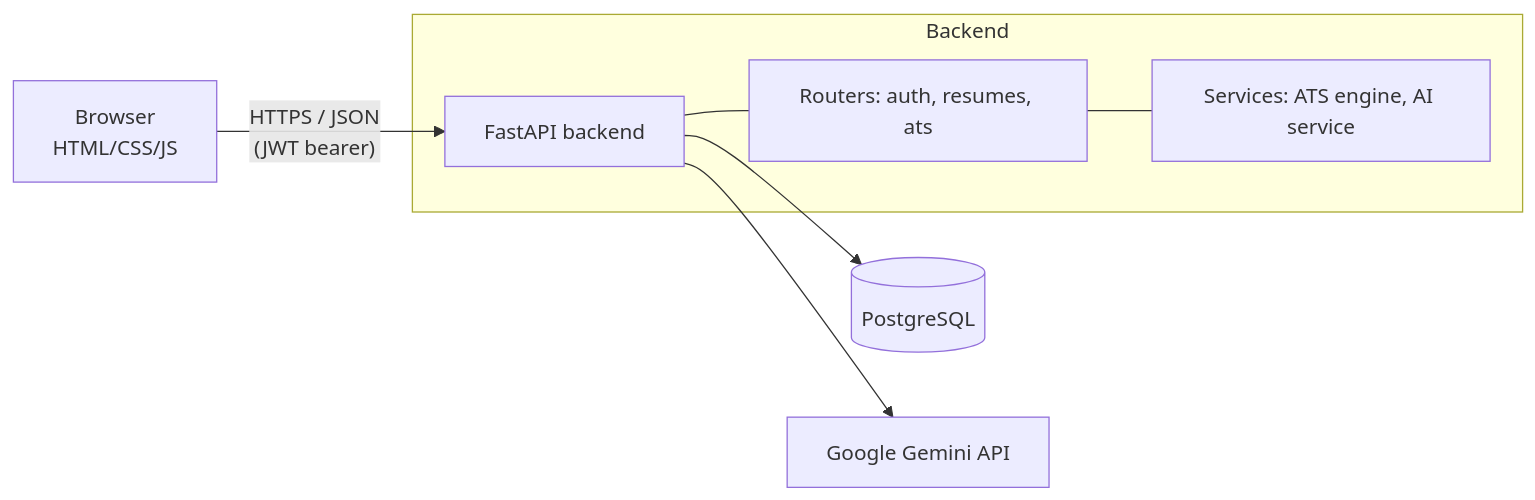
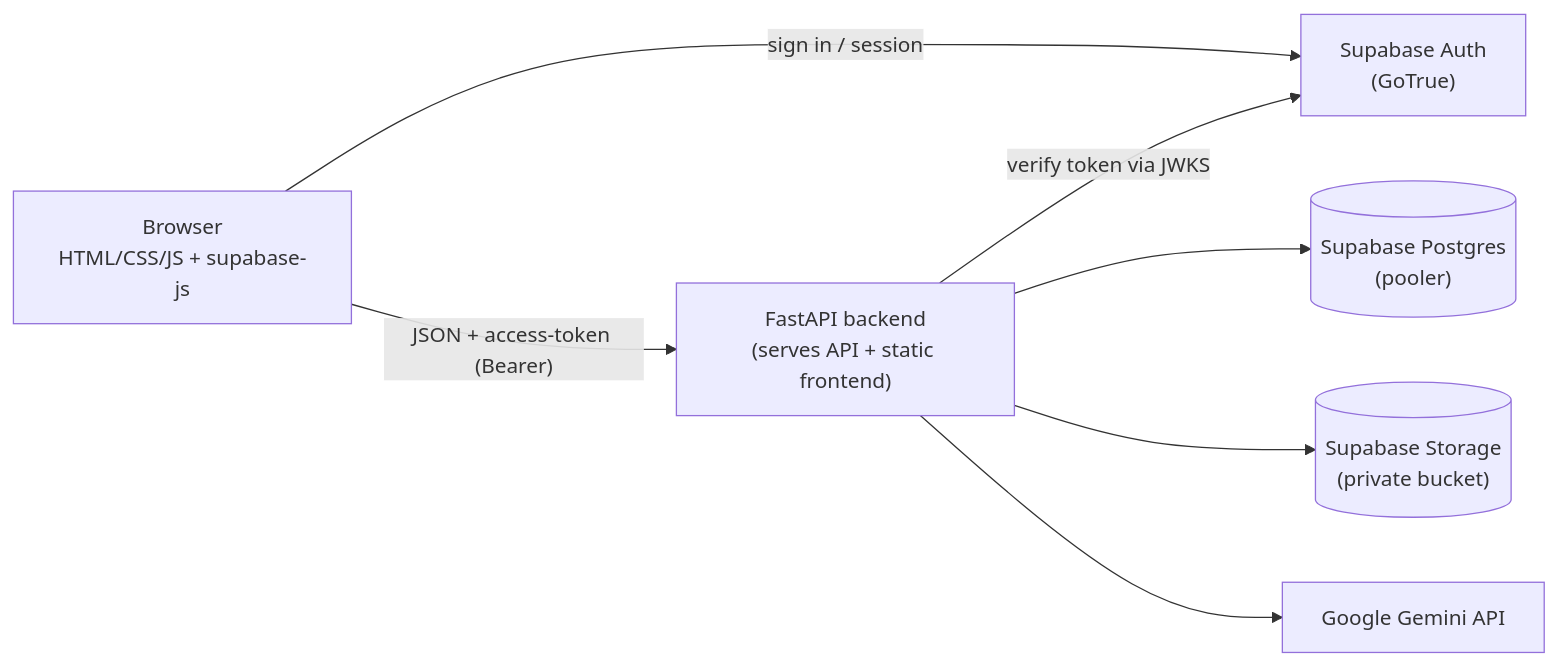
The diagram in README.md (janvipandey525-arch/SmartResumeAI), drawn with Mermaid before and after one commit. The commit also changed other lines of this file, not shown here.

Commit message:
Update README: Supabase auth/DB/storage, native PDF export, single-container Docker, current structure

````diff
--- a/README.md
+++ b/README.md
@@ -43,10 +59,16 @@
 ```mermaid
 flowchart LR
-    U[Browser<br/>HTML/CSS/JS] -- "HTTPS / JSON<br/>(JWT bearer)" --> A[FastAPI backend]
-    A --> DB[(PostgreSQL)]
-    A --> G[Google Gemini API]
-    subgraph Backend
-      A --- R[Routers: auth, resumes, ats]
-      R --- S[Services: ATS engine, AI service]
-    end
+    U["Browser<br/>HTML/CSS/JS + supabase-js"]
+    A["FastAPI backend<br/>(serves API + static frontend)"]
+    SBAuth["Supabase Auth<br/>(GoTrue)"]
+    DB[("Supabase Postgres<br/>(pooler)")]
+    ST[("Supabase Storage<br/>(private bucket)")]
+    G["Google Gemini API"]
+
+    U -- "sign in / session" --> SBAuth
+    U -- "JSON + access-token (Bearer)" --> A
+    A -- "verify token via JWKS" --> SBAuth
+    A --> DB
+    A --> ST
+    A --> G
 ```
````
